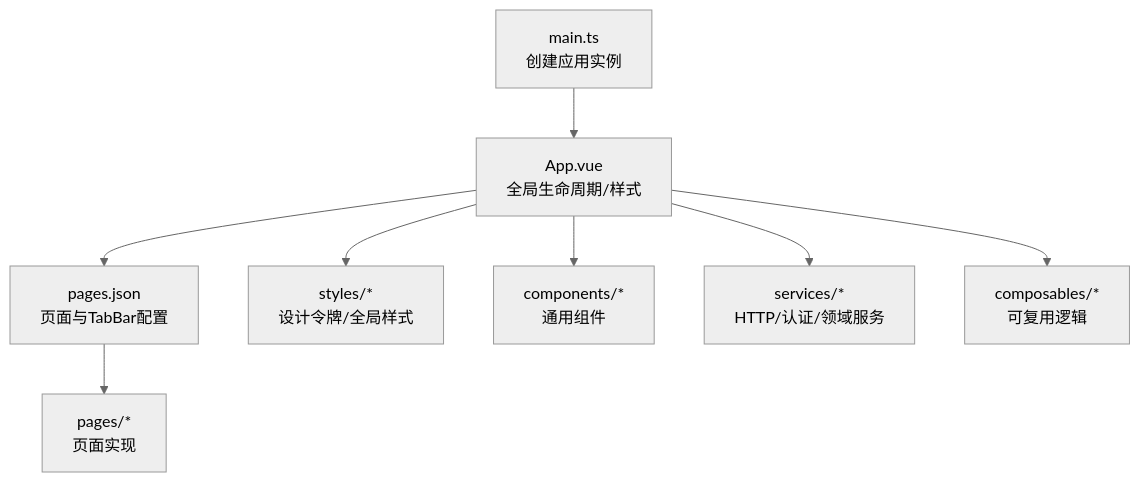
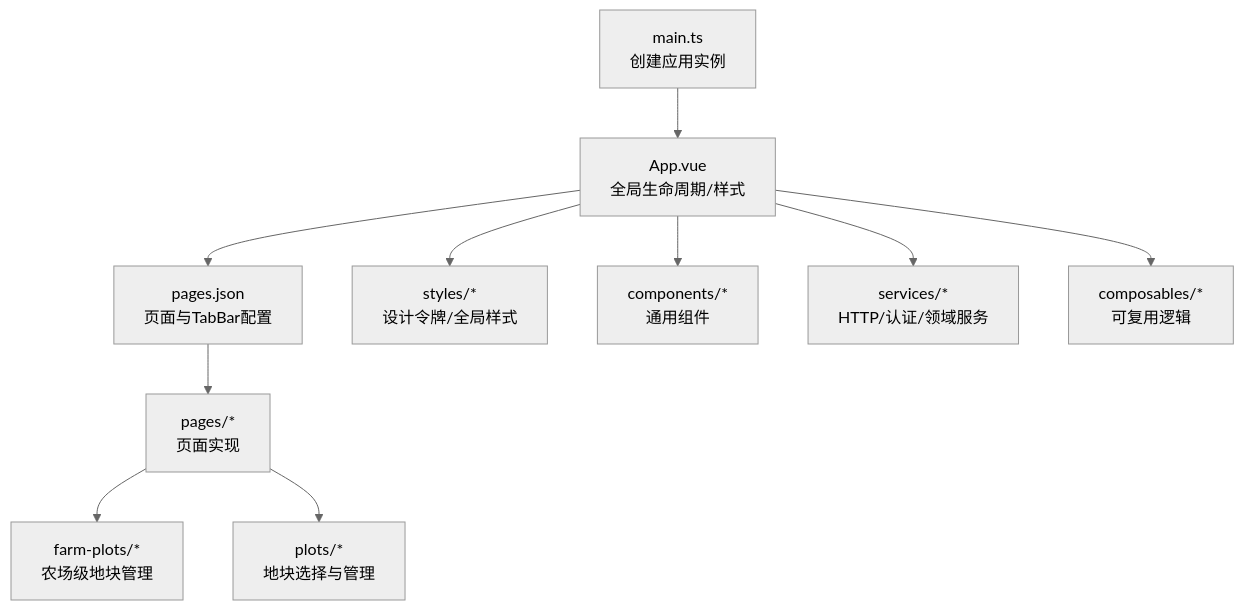
One commit to wungjyan/pocket-farm changed the first of 7 diagrams in .qoder/repowiki/zh/content/前端应用/应用架构设计.md. Above: the diagram before and after it, drawn with Mermaid (neutral theme). The commit also changed other lines of this file and 198 other files, not shown here.

````diff
--- a/.qoder/repowiki/zh/content/前端应用/应用架构设计.md
+++ b/.qoder/repowiki/zh/content/前端应用/应用架构设计.md
@@ -44,10 +57,12 @@
 ```mermaid
 graph TB
 A["main.ts<br/>创建应用实例"] --> B["App.vue<br/>全局生命周期/样式"]
 B --> C["pages.json<br/>页面与TabBar配置"]
 B --> D["styles/*<br/>设计令牌/全局样式"]
 B --> E["components/*<br/>通用组件"]
 B --> F["services/*<br/>HTTP/认证/领域服务"]
 B --> G["composables/*<br/>可复用逻辑"]
 C --> H["pages/*<br/>页面实现"]
+H --> I["farm-plots/*<br/>农场级地块管理"]
+H --> J["plots/*<br/>地块选择与管理"]
 ```
````
